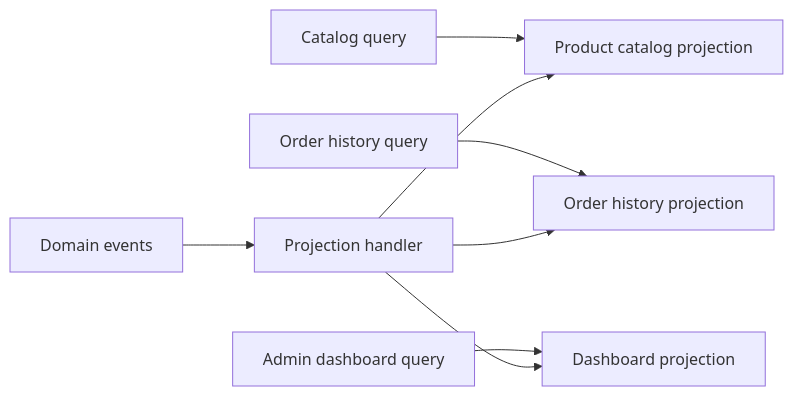
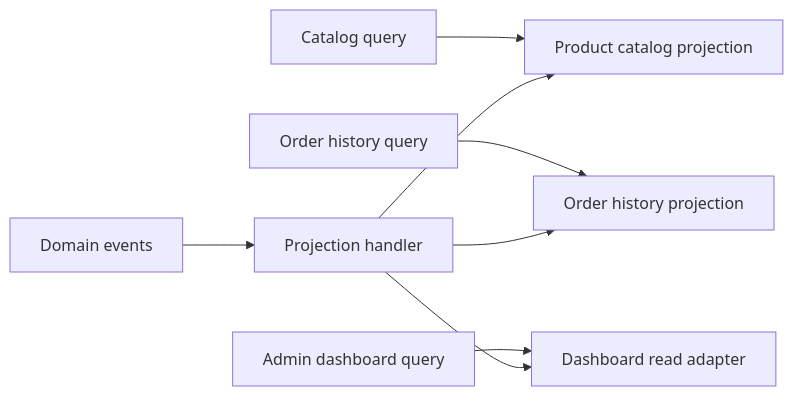
One commit to Thang4869/TriAD-Backend changed the third of 5 diagrams in docs/ARCHITECTURE.md. Above: the diagram before and after it, drawn with Mermaid. The commit also changed other lines of this file and 4 other files, not shown here.

Commit message:
docs(architecture): document projection read-model wiring

````diff
--- a/docs/ARCHITECTURE.md
+++ b/docs/ARCHITECTURE.md
@@ -38,10 +38,10 @@
 ```mermaid
 flowchart LR
   Catalog[Catalog query] --> CatalogRead[Product catalog projection]
   Orders[Order history query] --> OrderRead[Order history projection]
-  Dashboard[Admin dashboard query] --> DashboardRead[Dashboard projection]
+  Dashboard[Admin dashboard query] --> DashboardRead[Dashboard read adapter]
   Events[Domain events] --> Handler[Projection handler]
   Handler --> CatalogRead
   Handler --> OrderRead
   Handler --> DashboardRead
 ```
````
